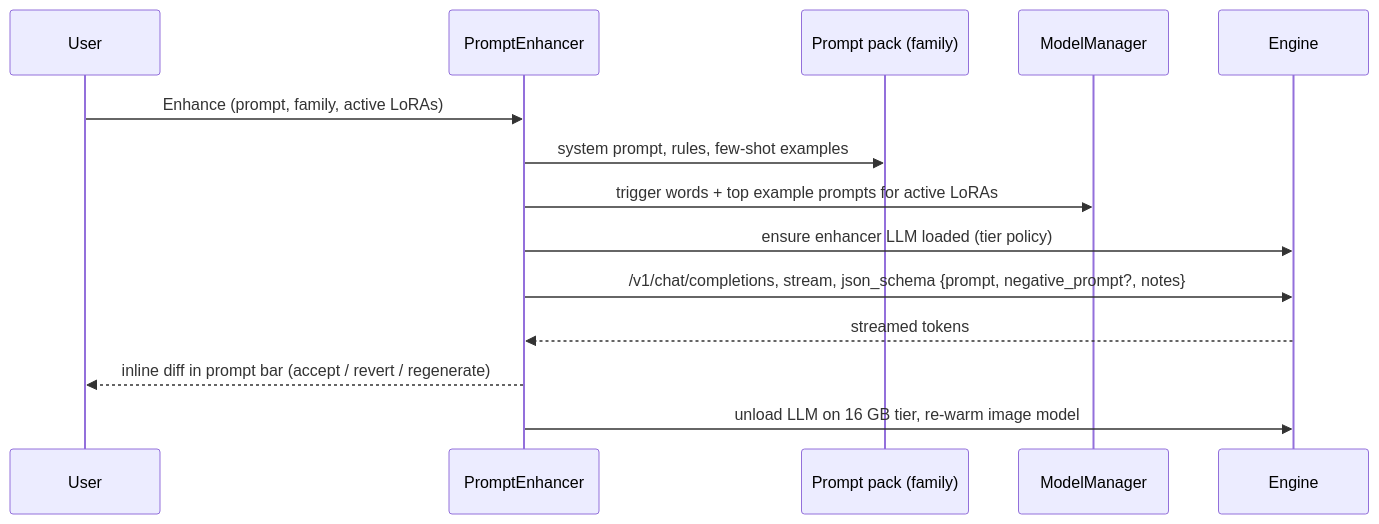
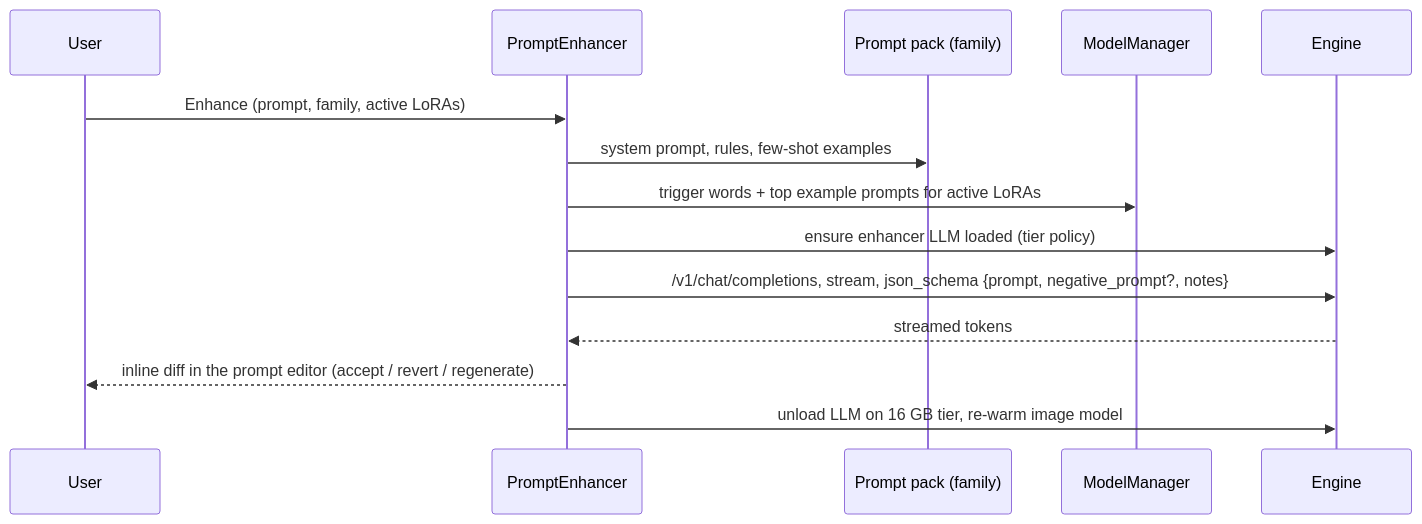
The fourth of 5 diagrams in docs/HLD.md (fearless-holdings/mlx-create), drawn with Mermaid before and after one commit. The commit also changed other lines of this file and 1 other file, not shown here.

````diff
--- a/docs/HLD.md
+++ b/docs/HLD.md
@@ -411,16 +412,16 @@
 ```mermaid
 sequenceDiagram
   participant U as User
   participant P as PromptEnhancer
   participant K as Prompt pack (family)
   participant M as ModelManager
   participant E as Engine
   U->>P: Enhance (prompt, family, active LoRAs)
   P->>K: system prompt, rules, few-shot examples
   P->>M: trigger words + top example prompts for active LoRAs
   P->>E: ensure enhancer LLM loaded (tier policy)
   P->>E: /v1/chat/completions, stream, json_schema {prompt, negative_prompt?, notes}
   E-->>P: streamed tokens
-  P-->>U: inline diff in prompt bar (accept / revert / regenerate)
+  P-->>U: inline diff in the prompt editor (accept / revert / regenerate)
   P->>E: unload LLM on 16 GB tier, re-warm image model
 ```
````
